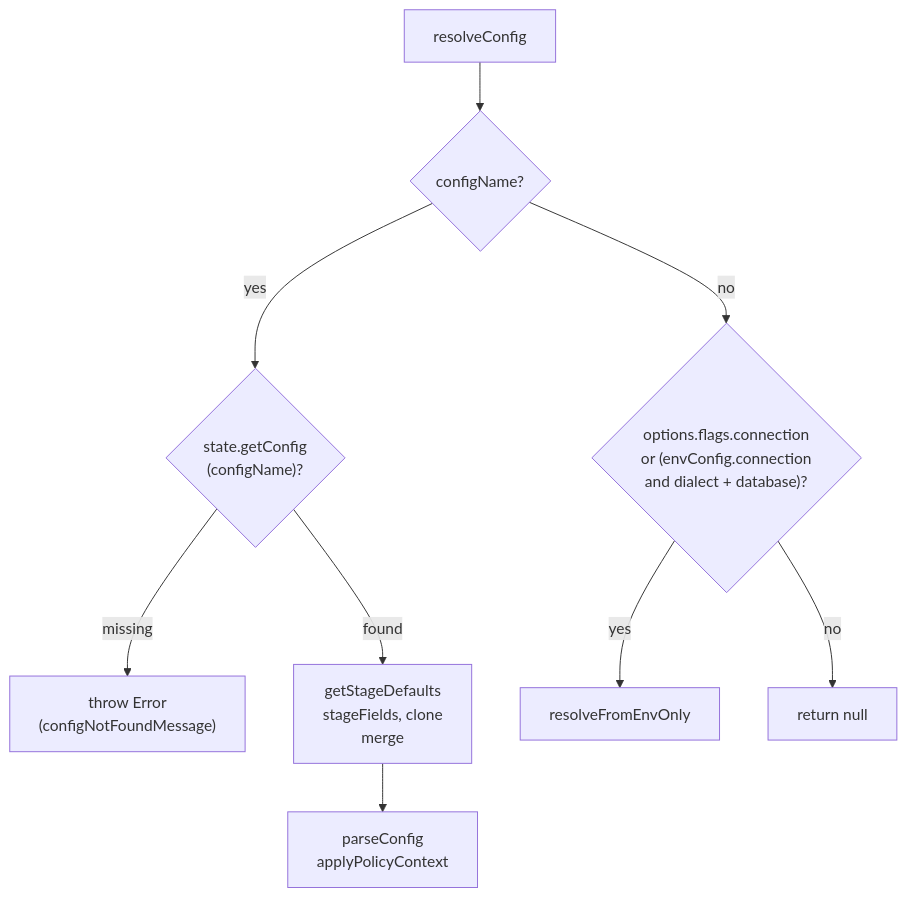
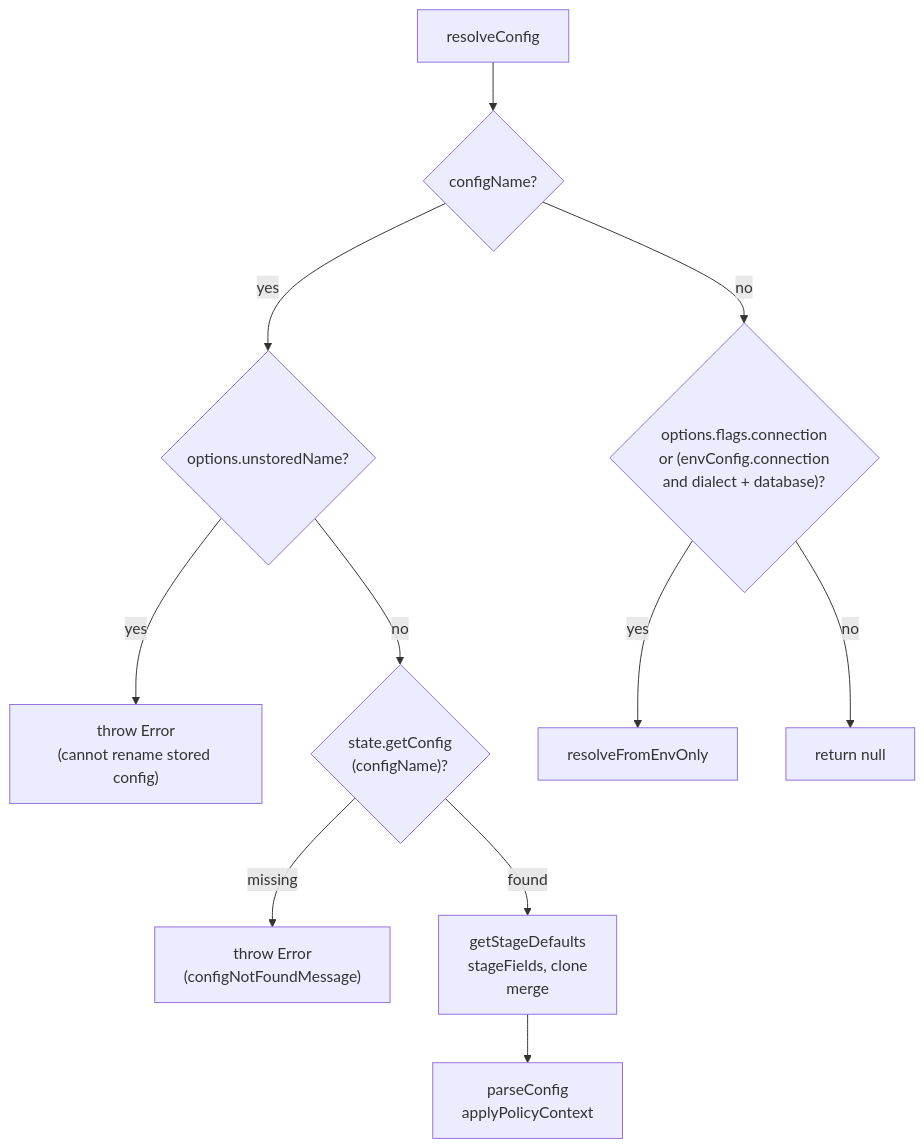
Before and after one commit to noormdev/noorm: the first of 7 diagrams in docs/wiki/core-state.md, drawn with Mermaid. The commit also changed other lines of this file and 191 other files, not shown here.

````diff
--- a/docs/wiki/core-state.md
+++ b/docs/wiki/core-state.md
@@ -20,12 +20,14 @@
 ```mermaid
 flowchart TD
     %% source: src/core/config/resolver.ts
     A["resolveConfig"] --> B{"configName?"}
-    B -->|yes| C{"state.getConfig<br/>(configName)?"}
+    B -->|yes| U{"options.unstoredName?"}
+    U -->|yes| V["throw Error<br/>(cannot rename stored config)"]
+    U -->|no| C{"state.getConfig<br/>(configName)?"}
     C -->|missing| D["throw Error<br/>(configNotFoundMessage)"]
     C -->|found| E["getStageDefaults<br/>stageFields, clone<br/>merge"]
     E --> F["parseConfig<br/>applyPolicyContext"]
     B -->|no| G{"options.flags.connection<br/>or (envConfig.connection<br/>and dialect + database)?"}
     G -->|yes| H["resolveFromEnvOnly"]
     G -->|no| I["return null"]
 ```
````
